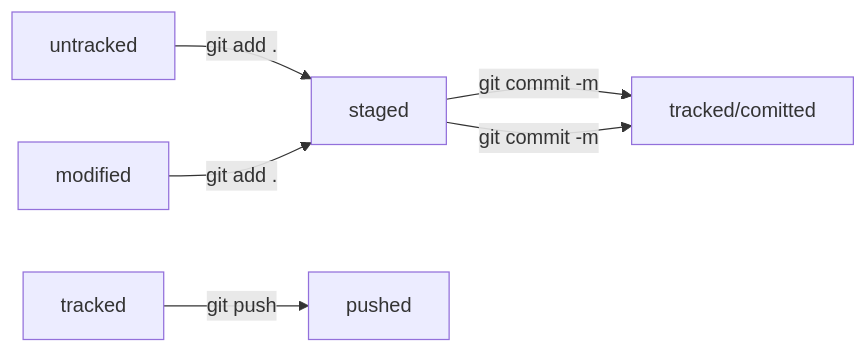
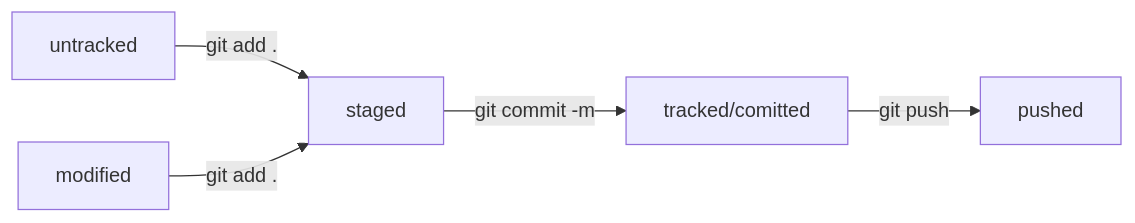
Before and after one commit to AnnaTyr/git-faq: the diagram in README.md, drawn with Mermaid.

Commit message:
Исправила схему

````diff
--- a/README.md
+++ b/README.md
@@ -56,8 +56,6 @@
 ```mermaid
 graph LR;
   untracked -- "git add ." --> staged;
-  staged    -- "git commit -m <description>"     --> tracked/comitted;
-  modified -- "git add ." --> staged;
-  staged    -- "git commit -m <description of changes>"     --> tracked/comitted;
-  tracked -- "git push" --> pushed;           
+  staged    -- "git commit -m <description>"     --> tracked/comitted -- "git push" --> pushed;
+  modified -- "git add ." --> staged;    
 ```  
````
